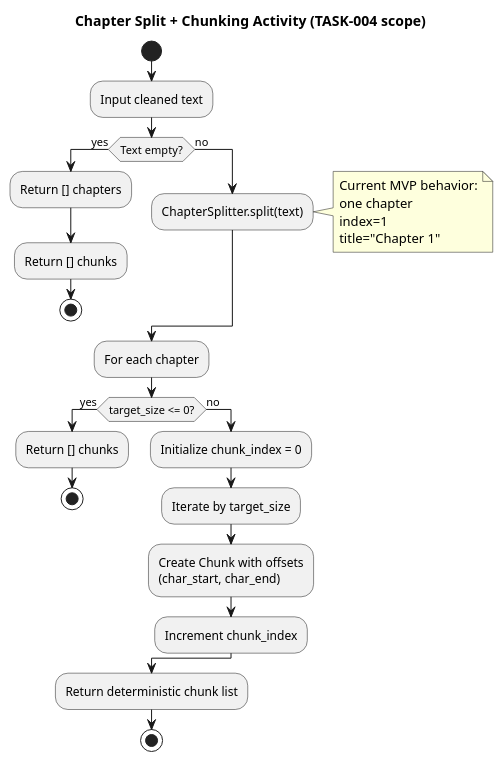
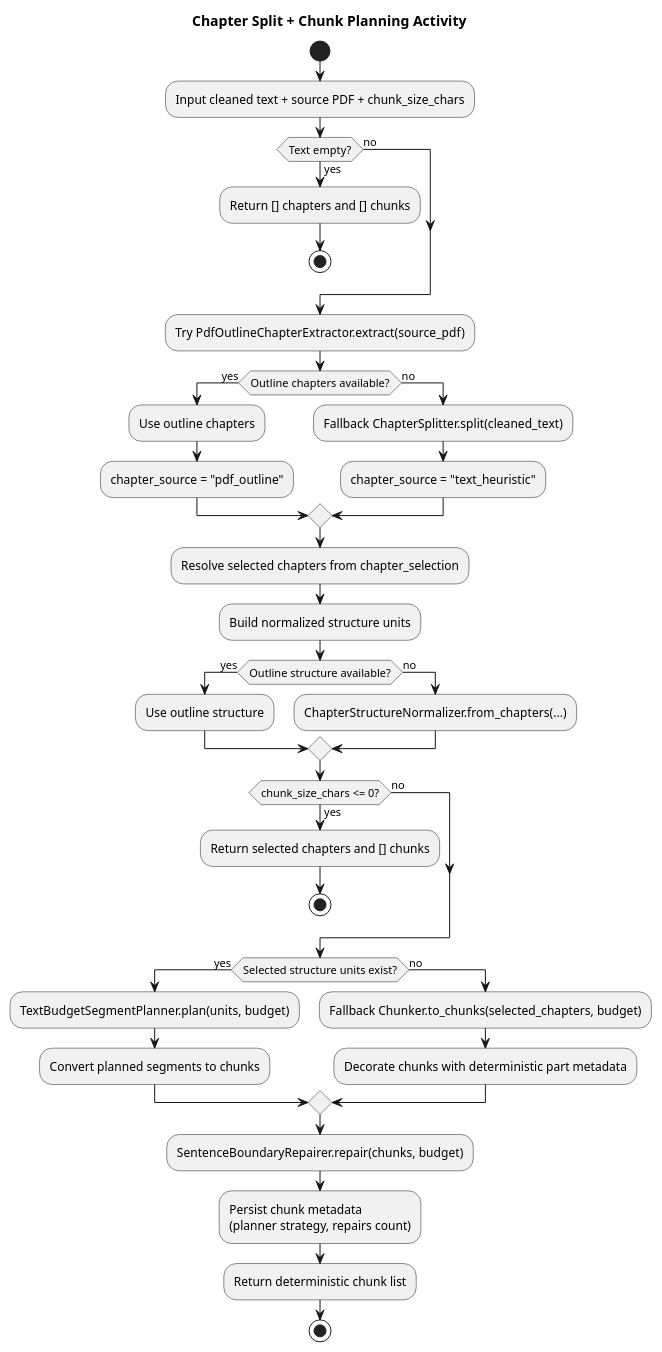
One commit to Semtexcz/Bookvoice changed the diagram in docs/uml/chapter-chunk-activity.puml. Above: the diagram before and after it, drawn with PlantUML. The commit also changed 6 other files, not shown here.

Commit message:
docs(uml): synchronize diagrams with current pipeline architecture

```diff
--- a/docs/uml/chapter-chunk-activity.puml
+++ b/docs/uml/chapter-chunk-activity.puml
@@ -1,36 +1,50 @@
 @startuml
-title Chapter Split + Chunking Activity (TASK-004 scope)
+title Chapter Split + Chunk Planning Activity
 
 start
-:Input cleaned text;
+:Input cleaned text + source PDF + chunk_size_chars;
 
 if (Text empty?) then (yes)
-  :Return [] chapters;
-  :Return [] chunks;
+  :Return [] chapters and [] chunks;
   stop
 else (no)
-  :ChapterSplitter.split(text);
-  note right
-    Current MVP behavior:
-    one chapter
-    index=1
-    title="Chapter 1"
-  end note
 endif
 
-:For each chapter;
-if (target_size <= 0?) then (yes)
-  :Return [] chunks;
+:Try PdfOutlineChapterExtractor.extract(source_pdf);
+if (Outline chapters available?) then (yes)
+  :Use outline chapters;
+  :chapter_source = "pdf_outline";
+else (no)
+  :Fallback ChapterSplitter.split(cleaned_text);
+  :chapter_source = "text_heuristic";
+endif
+
+:Resolve selected chapters from chapter_selection;
+:Build normalized structure units;
+if (Outline structure available?) then (yes)
+  :Use outline structure;
+else (no)
+  :ChapterStructureNormalizer.from_chapters(...);
+endif
+
+if (chunk_size_chars <= 0?) then (yes)
+  :Return selected chapters and [] chunks;
   stop
 else (no)
-  :Initialize chunk_index = 0;
-  :Iterate by target_size;
-  :Create Chunk with offsets
-  (char_start, char_end);
-  :Increment chunk_index;
 endif
 
+if (Selected structure units exist?) then (yes)
+  :TextBudgetSegmentPlanner.plan(units, budget);
+  :Convert planned segments to chunks;
+else (no)
+  :Fallback Chunker.to_chunks(selected_chapters, budget);
+  :Decorate chunks with deterministic part metadata;
+endif
+
+:SentenceBoundaryRepairer.repair(chunks, budget);
+:Persist chunk metadata
+(planner strategy, repairs count);
 :Return deterministic chunk list;
 stop
 
 @enduml
```
